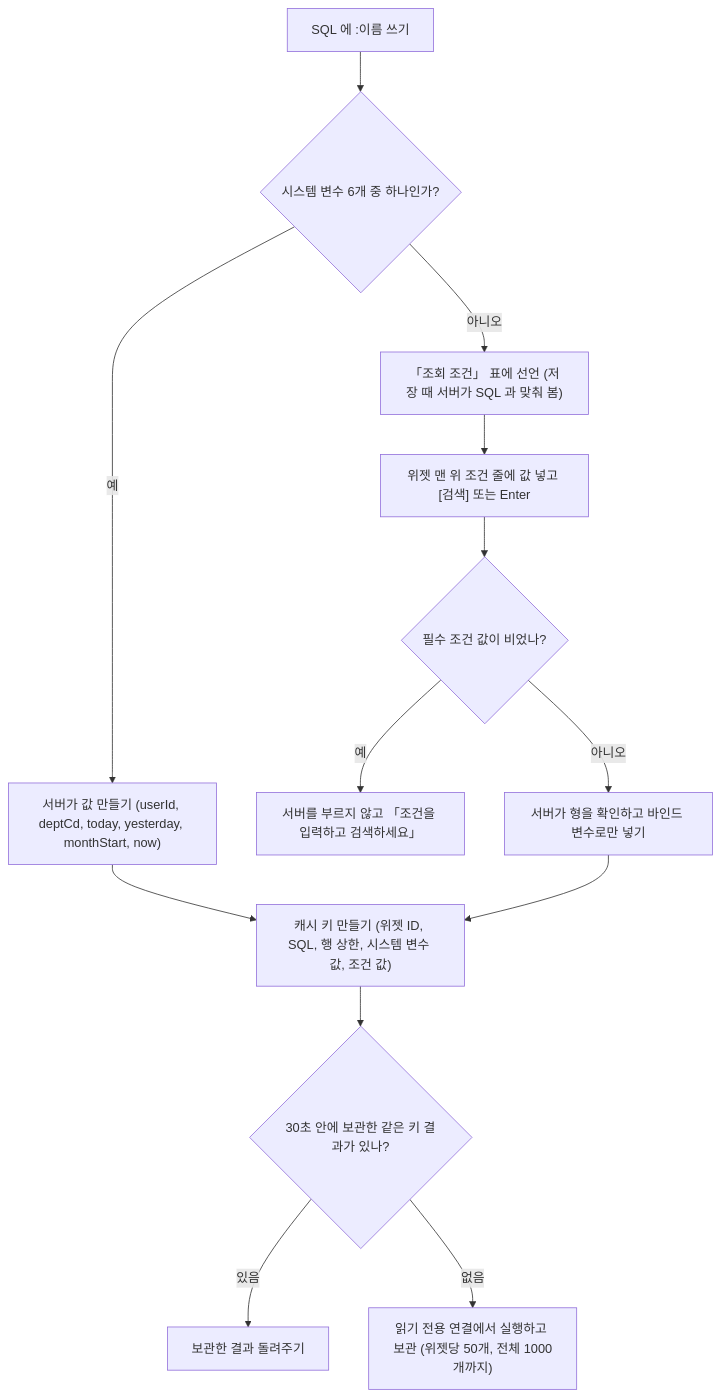
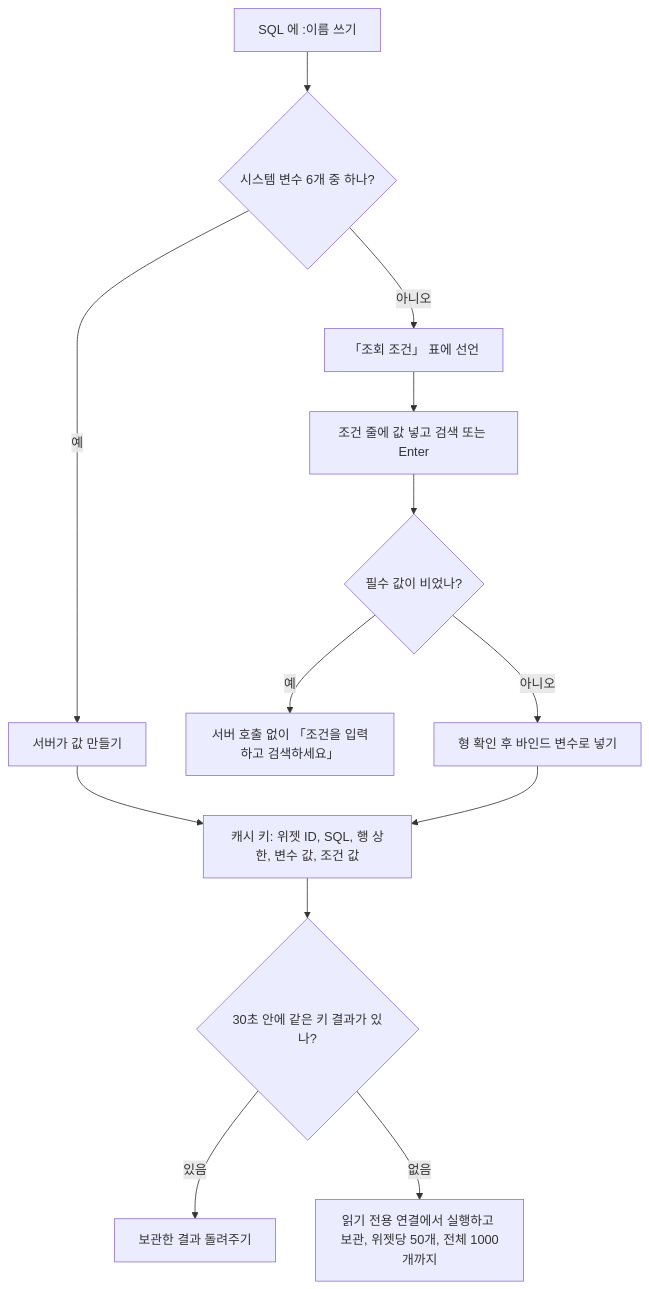
The third of 7 diagrams in docs/guide/FrontEnd/Widget-Authoring-Guide.md (jongik-sv/dmes-standard), drawn with Mermaid before and after one commit. The commit also changed other lines of this file and 1 other file, not shown here.

````diff
--- a/docs/guide/FrontEnd/Widget-Authoring-Guide.md
+++ b/docs/guide/FrontEnd/Widget-Authoring-Guide.md
@@ -229,15 +196,11 @@
 ```mermaid
 flowchart TB
-  A["SQL 에 :이름 쓰기"] --> B{"시스템 변수 6개 중 하나인가?"}
-  B -->|"예"| S["서버가 값 만들기 (userId, deptCd, today, yesterday, monthStart, now)"]
-  B -->|"아니오"| C["「조회 조건」 표에 선언 (저장 때 서버가 SQL 과 맞춰 봄)"]
-  C --> E["위젯 맨 위 조건 줄에 값 넣고 [검색] 또는 Enter"]
-  E --> F{"필수 조건 값이 비었나?"}
-  F -->|"예"| G["서버를 부르지 않고 「조건을 입력하고 검색하세요」"]
-  F -->|"아니오"| H["서버가 형을 확인하고 바인드 변수로만 넣기"]
-  S --> K["캐시 키 만들기 (위젯 ID, SQL, 행 상한, 시스템 변수 값, 조건 값)"]
-  H --> K
-  K --> L{"30초 안에 보관한 같은 키 결과가 있나?"}
+  A["SQL 에 :이름 쓰기"] --> B{"시스템 변수 6개 중 하나?"}
+  B -->|"예"| S["서버가 값 만들기"] --> K["캐시 키: 위젯 ID, SQL, 행 상한, 변수 값, 조건 값"]
+  B -->|"아니오"| C["「조회 조건」 표에 선언"] --> E["조건 줄에 값 넣고 검색 또는 Enter"] --> F{"필수 값이 비었나?"}
+  F -->|"예"| G["서버 호출 없이 「조건을 입력하고 검색하세요」"]
+  F -->|"아니오"| H["형 확인 후 바인드 변수로 넣기"] --> K
+  K --> L{"30초 안에 같은 키 결과가 있나?"}
   L -->|"있음"| M["보관한 결과 돌려주기"]
-  L -->|"없음"| N["읽기 전용 연결에서 실행하고 보관 (위젯당 50개, 전체 1000개까지)"]
+  L -->|"없음"| N["읽기 전용 연결에서 실행하고 보관, 위젯당 50개, 전체 1000개까지"]
 ```
````
